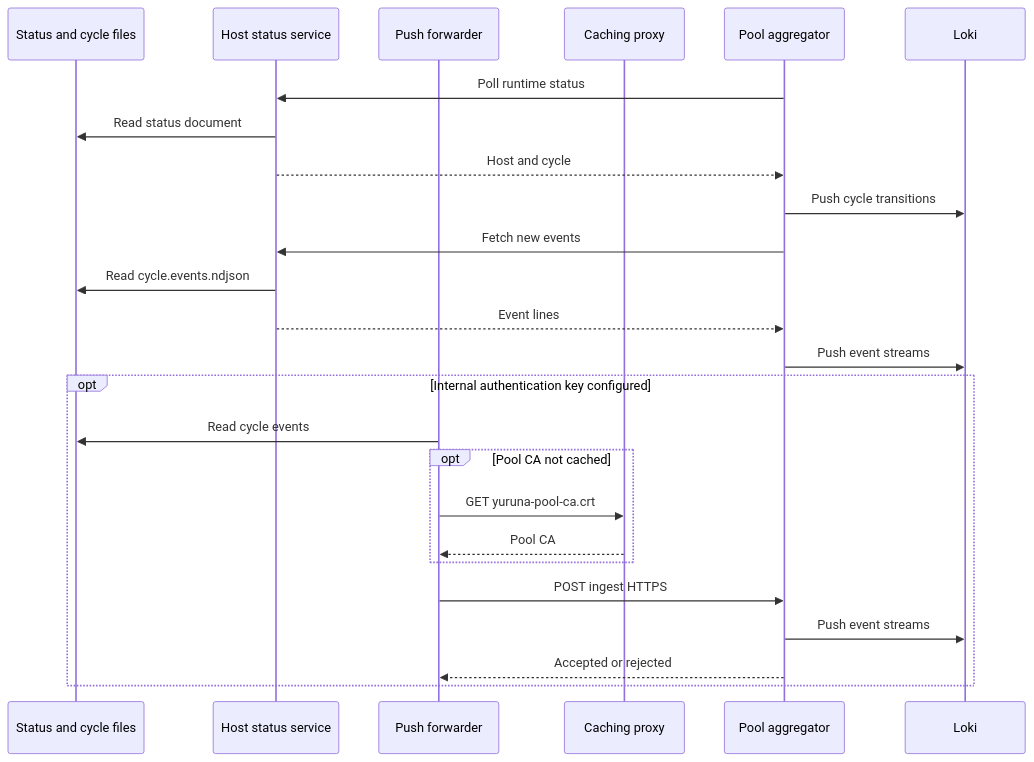
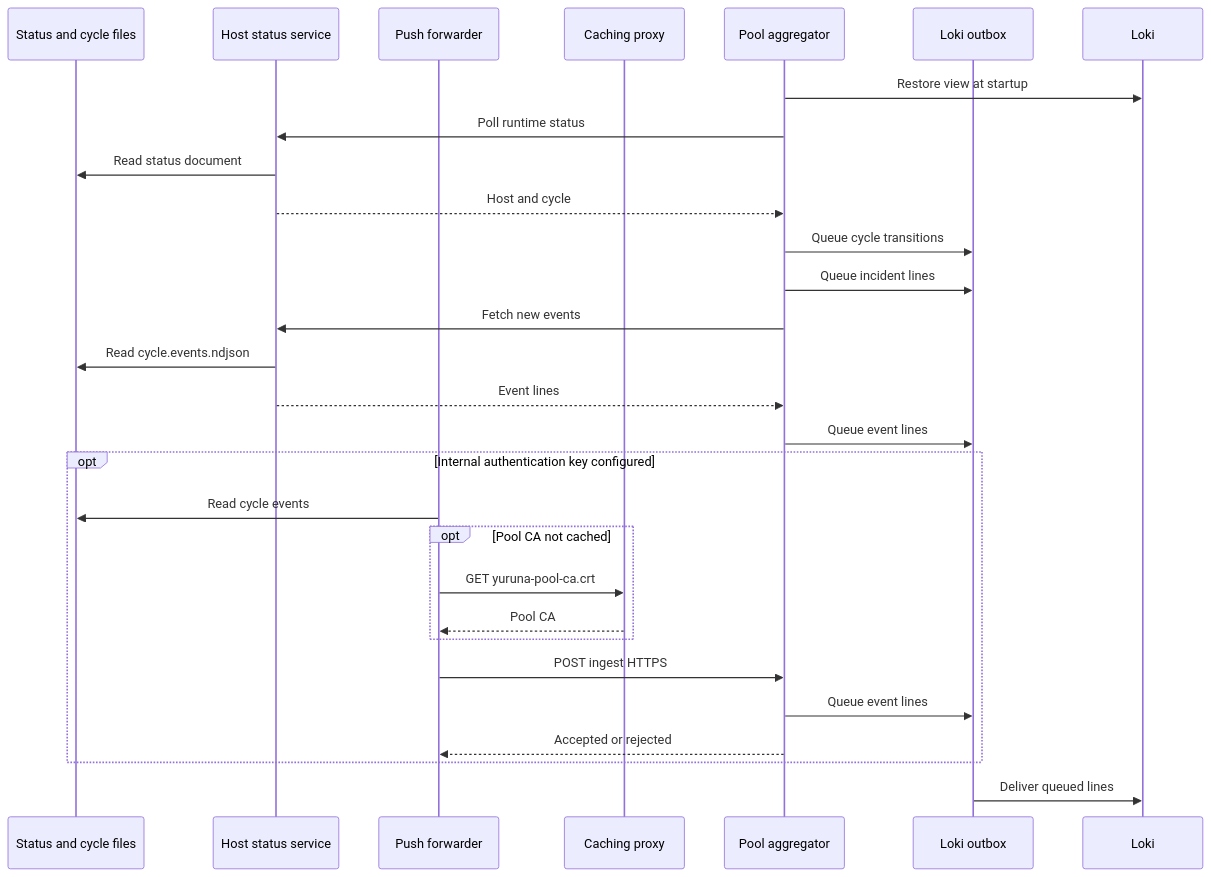
One commit to alissonsol/yuruna changed the ninth of 16 diagrams in docs/design/03-data-flows.md. Above: the diagram before and after it, drawn with Mermaid. The commit also changed other lines of this file and 1627 other files, not shown here.

````diff
--- a/docs/design/03-data-flows.md
+++ b/docs/design/03-data-flows.md
@@ -405,27 +415,31 @@
 ```mermaid
 sequenceDiagram
     participant cycle-events-ndjson as Status and cycle files
     participant start-status-service-ps1 as Host status service
     participant invoke-pool-push-forwarder-ps1 as Push forwarder
     participant caching-proxy-service as Caching proxy
     participant pool-aggregator-service as Pool aggregator
+    participant loki-outbox as Loki outbox
     participant loki as Loki
+    pool-aggregator-service->>loki: Restore view at startup
     pool-aggregator-service->>start-status-service-ps1: Poll runtime status
     start-status-service-ps1->>cycle-events-ndjson: Read status document
     start-status-service-ps1-->>pool-aggregator-service: Host and cycle
-    pool-aggregator-service->>loki: Push cycle transitions
+    pool-aggregator-service->>loki-outbox: Queue cycle transitions
+    pool-aggregator-service->>loki-outbox: Queue incident lines
     pool-aggregator-service->>start-status-service-ps1: Fetch new events
     start-status-service-ps1->>cycle-events-ndjson: Read cycle.events.ndjson
     start-status-service-ps1-->>pool-aggregator-service: Event lines
-    pool-aggregator-service->>loki: Push event streams
+    pool-aggregator-service->>loki-outbox: Queue event lines
     opt Internal authentication key configured
         invoke-pool-push-forwarder-ps1->>cycle-events-ndjson: Read cycle events
         opt Pool CA not cached
             invoke-pool-push-forwarder-ps1->>caching-proxy-service: GET yuruna-pool-ca.crt
             caching-proxy-service-->>invoke-pool-push-forwarder-ps1: Pool CA
         end
         invoke-pool-push-forwarder-ps1->>pool-aggregator-service: POST ingest HTTPS
-        pool-aggregator-service->>loki: Push event streams
+        pool-aggregator-service->>loki-outbox: Queue event lines
         pool-aggregator-service-->>invoke-pool-push-forwarder-ps1: Accepted or rejected
     end
+    loki-outbox->>loki: Deliver queued lines
 ```
````
